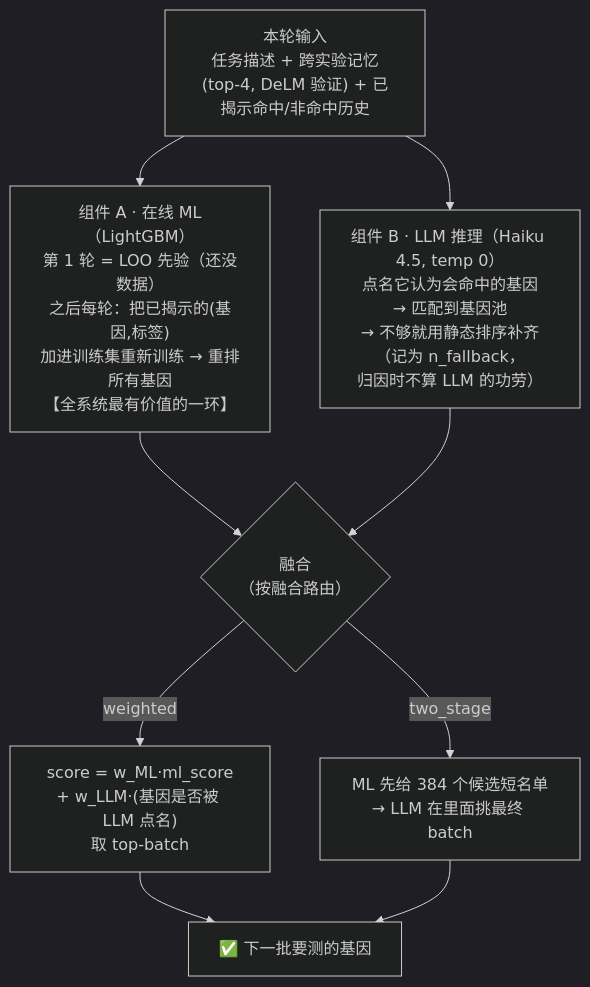
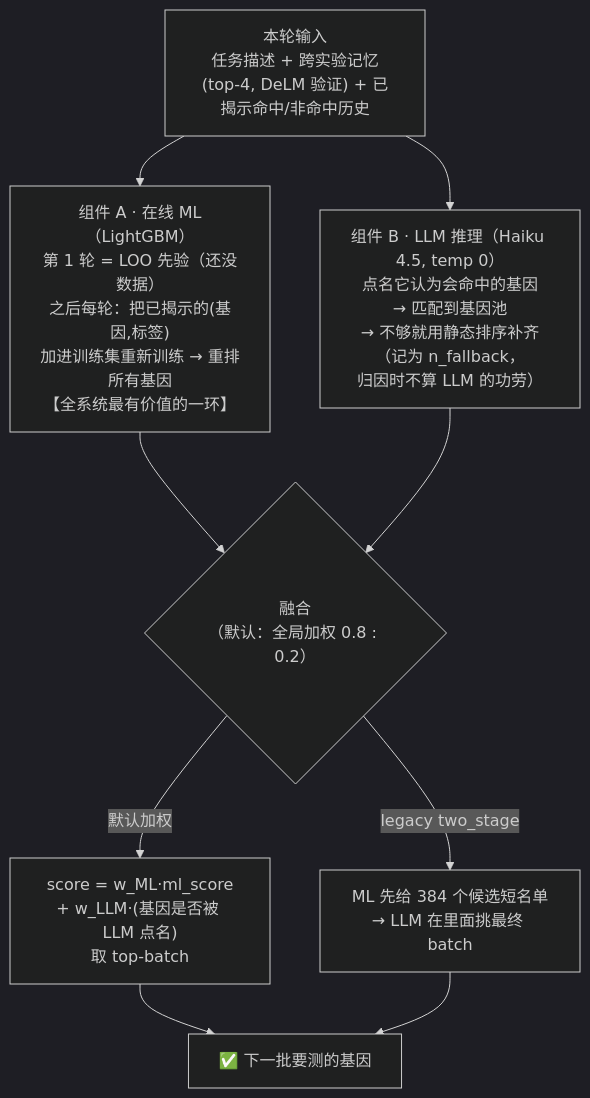
One commit to duerksenorteltdl133-netizen/WANDDINGTON changed the second of 3 diagrams in docs/algorithm_flow.md. Above: the diagram before and after it, drawn with Mermaid (dark theme). The commit also changed other lines of this file and 9 other files, not shown here.

````diff
--- a/docs/algorithm_flow.md
+++ b/docs/algorithm_flow.md
@@ -52,19 +53,19 @@
 ```mermaid
 flowchart TB
   hist["本轮输入<br/>任务描述 + 跨实验记忆(top-4, DeLM 验证) + 已揭示命中/非命中历史"]
   hist --> ml
   hist --> llm
 
   ml["组件 A · 在线 ML（LightGBM）<br/>第 1 轮 = LOO 先验（还没数据）<br/>之后每轮：把已揭示的(基因,标签)<br/>加进训练集重新训练 → 重排所有基因<br/>【全系统最有价值的一环】"]
   llm["组件 B · LLM 推理（Haiku 4.5, temp 0）<br/>点名它认为会命中的基因<br/>→ 匹配到基因池<br/>→ 不够就用静态排序补齐（记为 n_fallback，<br/>归因时不算 LLM 的功劳）"]
 
   ml --> fuse
   llm --> fuse
 
-  fuse{"融合<br/>（按融合路由）"}
-  fuse -->|weighted| w["score = w_ML·ml_score<br/>+ w_LLM·(基因是否被 LLM 点名)<br/>取 top-batch"]
-  fuse -->|two_stage| t["ML 先给 384 个候选短名单<br/>→ LLM 在里面挑最终 batch"]
+  fuse{"融合<br/>（默认：全局加权 0.8 : 0.2）"}
+  fuse -->|默认加权| w["score = w_ML·ml_score<br/>+ w_LLM·(基因是否被 LLM 点名)<br/>取 top-batch"]
+  fuse -->|legacy two_stage| t["ML 先给 384 个候选短名单<br/>→ LLM 在里面挑最终 batch"]
 
   w --> batch["✅ 下一批要测的基因"]
   t --> batch
 ```
````
